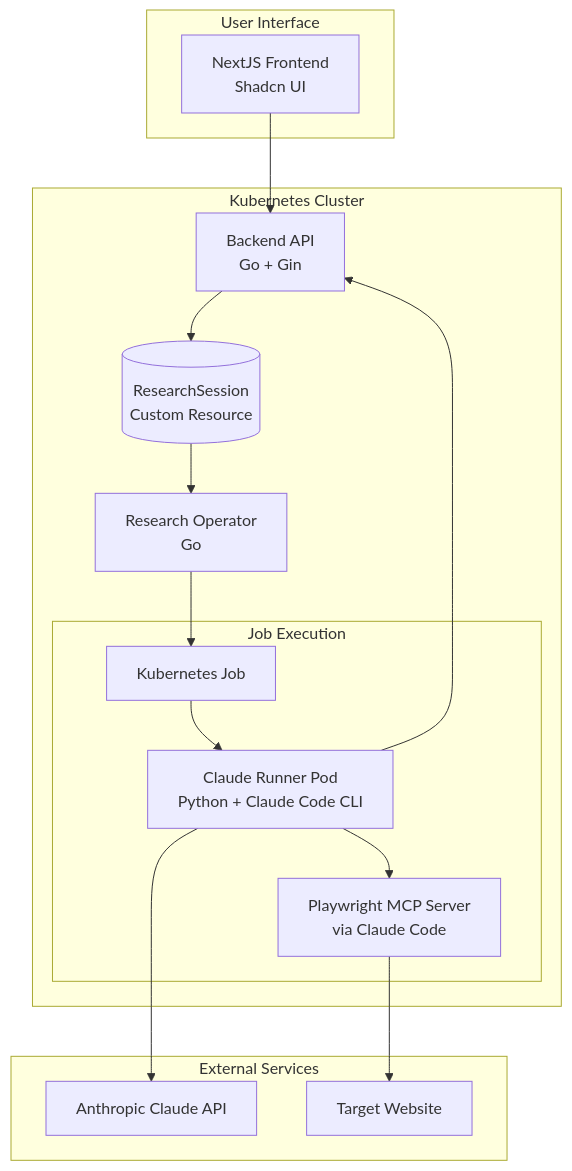
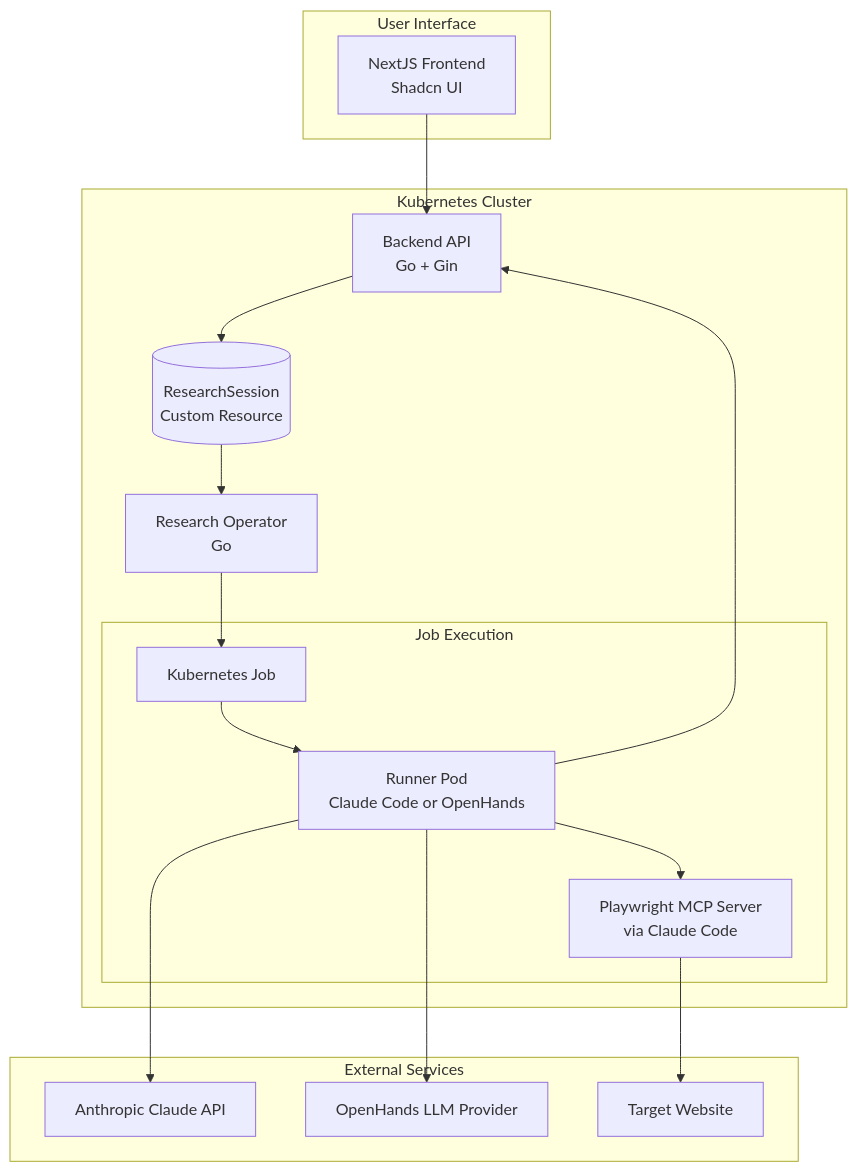
The diagram in README.md (Gkrumbach07/claude-runner), drawn with Mermaid before and after one commit. The commit also changed other lines of this file and 9 other files, not shown here.

First line of the commit message:
feat: Add OpenHands runner support

````diff
--- a/README.md
+++ b/README.md
@@ -17,33 +17,35 @@
 ```mermaid
 graph TB
     subgraph "User Interface"
         UI[NextJS Frontend<br/>Shadcn UI]
     end
     
     subgraph "Kubernetes Cluster"
         API[Backend API<br/>Go + Gin]
         OP[Research Operator<br/>Go]
         CR[(ResearchSession<br/>Custom Resource)]
         
         subgraph "Job Execution"
             JOB[Kubernetes Job]
-            POD[Claude Runner Pod<br/>Python + Claude Code CLI]
+            POD[Runner Pod<br/>Claude Code or OpenHands]
             MCP[Playwright MCP Server<br/>via Claude Code]
         end
     end
     
     subgraph "External Services"
         CLAUDE[Anthropic Claude API]
+        OH[OpenHands LLM Provider]
         WEB[Target Website]
     end
     
     UI --> API
     API --> CR
     CR --> OP
     OP --> JOB
     JOB --> POD
     POD --> MCP
     POD --> CLAUDE
+    POD --> OH
     MCP --> WEB
     POD --> API
 ```
````
